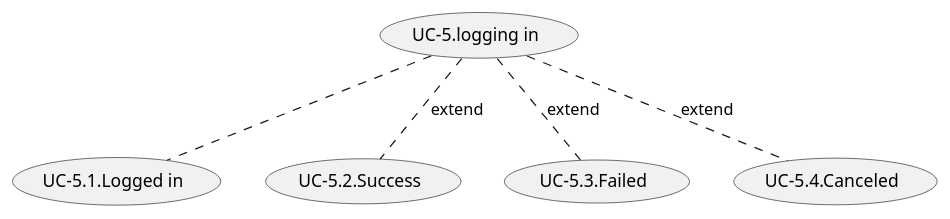
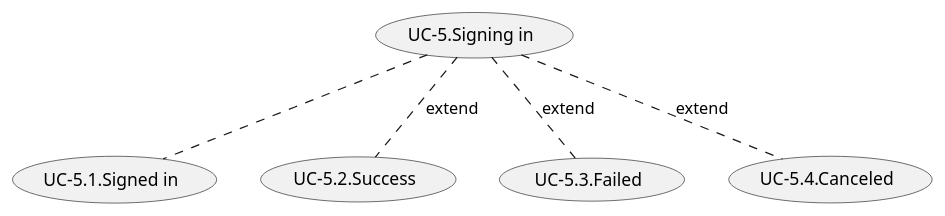
One commit to azarashin/Word2VecSOM changed the diagram in web/doc/usecase_chart/UC-5.pu. Above: the diagram before and after it, drawn with PlantUML. The commit also changed 3 other files, not shown here.

```diff
--- a/web/doc/usecase_chart/UC-5.pu
+++ b/web/doc/usecase_chart/UC-5.pu
@@ -1,8 +1,8 @@
 @startuml
 
-(UC-5.logging in) .. (UC-5.1.Logged in)
-(UC-5.logging in) .. (UC-5.2.Success) : extend
-(UC-5.logging in) .. (UC-5.3.Failed) : extend
-(UC-5.logging in) .. (UC-5.4.Canceled) : extend
+(UC-5.Signing in) .. (UC-5.1.Signed in)
+(UC-5.Signing in) .. (UC-5.2.Success) : extend
+(UC-5.Signing in) .. (UC-5.3.Failed) : extend
+(UC-5.Signing in) .. (UC-5.4.Canceled) : extend
 
 @enduml
```
